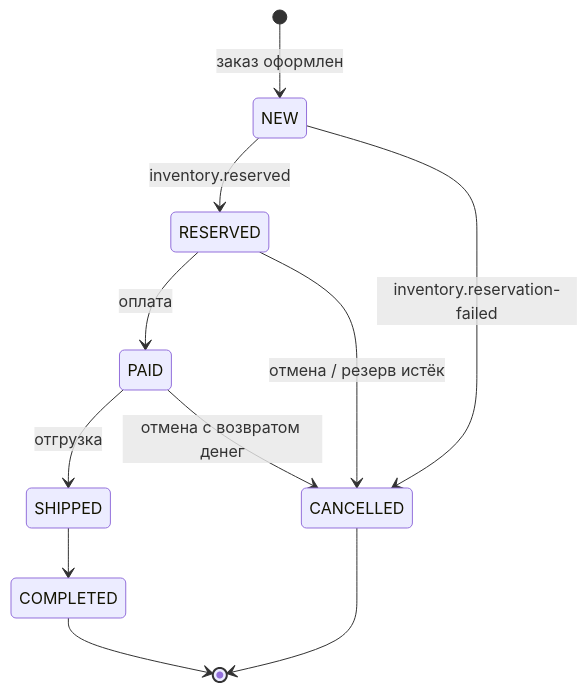
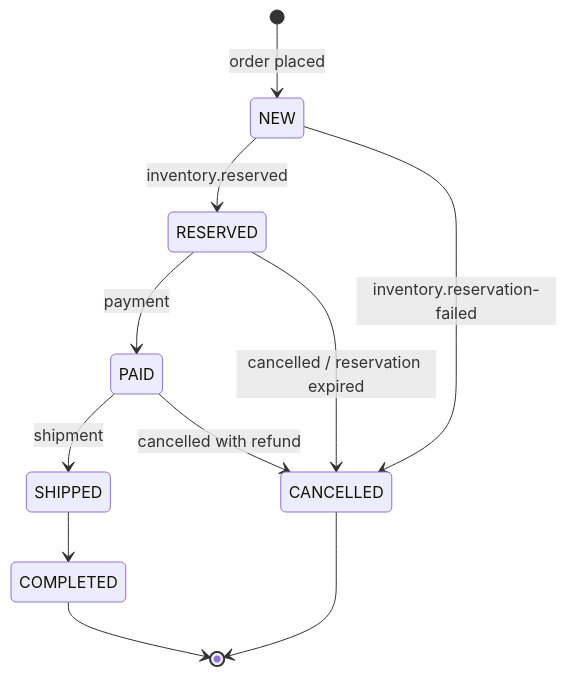
One commit to Axierrerer/event-driven-orders-platform changed the second of 2 diagrams in README.md. Above: the diagram before and after it, drawn with Mermaid. The commit also changed other lines of this file and 1 other file, not shown here.

````diff
--- a/README.md
+++ b/README.md
@@ -65,13 +81,13 @@
 ```mermaid
 stateDiagram-v2
-    [*] --> NEW: заказ оформлен
+    [*] --> NEW: order placed
     NEW --> RESERVED: inventory.reserved
     NEW --> CANCELLED: inventory.reservation-failed
-    RESERVED --> PAID: оплата
-    RESERVED --> CANCELLED: отмена / резерв истёк
-    PAID --> SHIPPED: отгрузка
-    PAID --> CANCELLED: отмена с возвратом денег
+    RESERVED --> PAID: payment
+    RESERVED --> CANCELLED: cancelled / reservation expired
+    PAID --> SHIPPED: shipment
+    PAID --> CANCELLED: cancelled with refund
     SHIPPED --> COMPLETED
     COMPLETED --> [*]
     CANCELLED --> [*]
 ```
````
